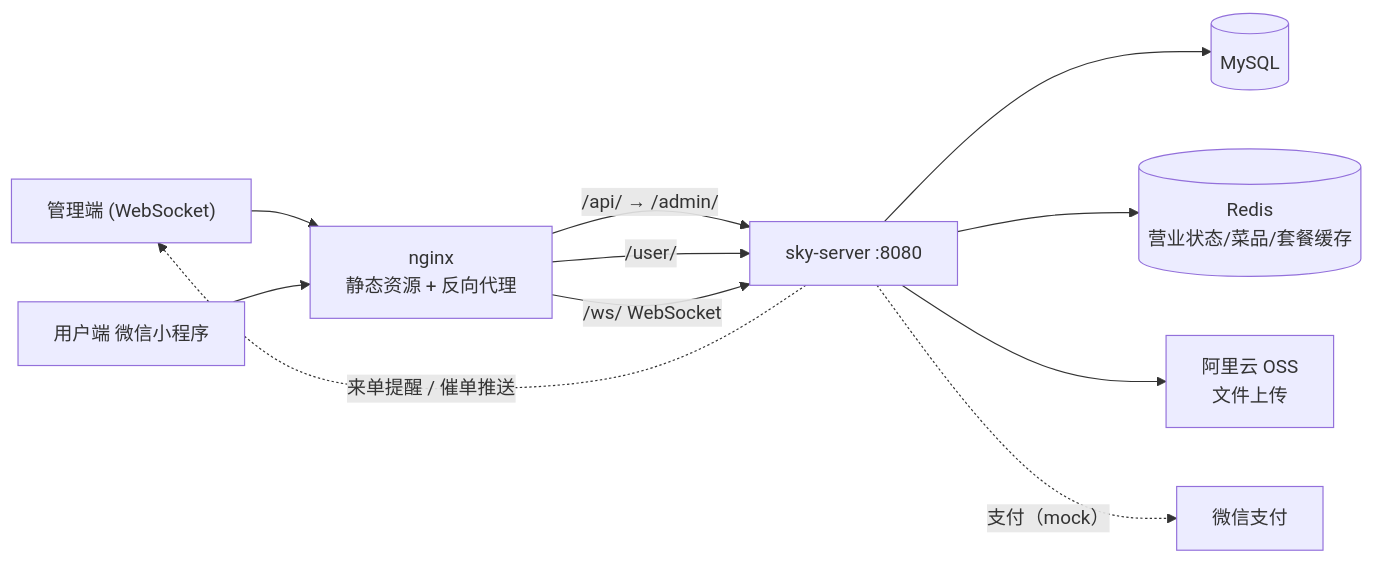
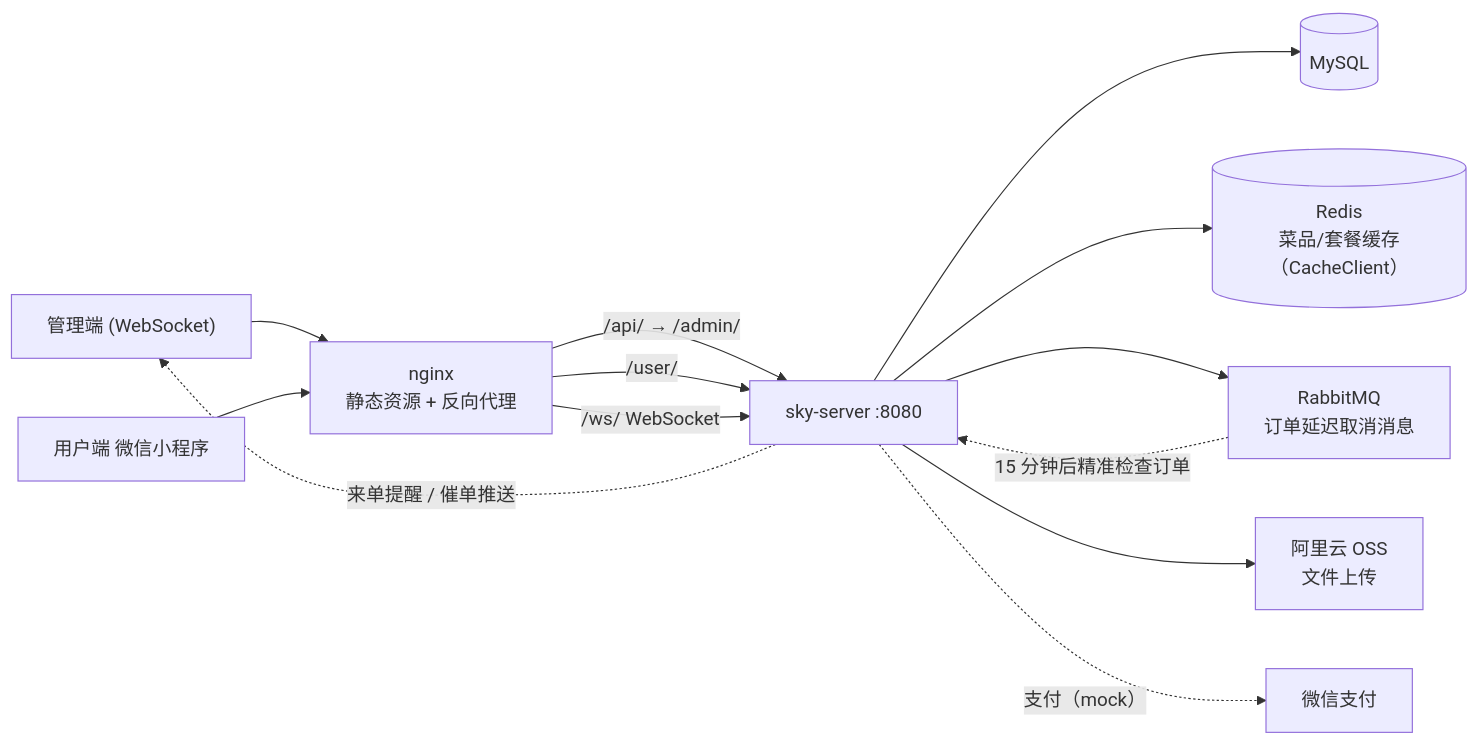
One commit to qngfng826/sky-take-out changed the diagram in README.md. Above: the diagram before and after it, drawn with Mermaid. The commit also changed other lines of this file and 15 other files, not shown here.

````diff
--- a/README.md
+++ b/README.md
@@ -26,13 +27,15 @@
 ```mermaid
 flowchart LR
     A["管理端 Web (nginx :80)"] --> N["nginx<br/>静态资源 + 反向代理"]
     B["用户端 微信小程序"] --> N
     N -- "/api/ → /admin/" --> S["sky-server :8080"]
     N -- "/user/" --> S
     N -- "/ws/ WebSocket" --> S
     S --> M[("MySQL")]
-    S --> R[("Redis<br/>营业状态/菜品/套餐缓存")]
+    S --> R[("Redis<br/>菜品/套餐缓存（CacheClient）")]
+    S --> MQ["RabbitMQ<br/>订单延迟取消消息"]
+    MQ -. "15 分钟后精准检查订单" .-> S
     S --> O["阿里云 OSS<br/>文件上传"]
     S -. "支付（mock）" .-> W["微信支付"]
     S -. "来单提醒 / 催单推送" .-> A["管理端 (WebSocket)"]
 ```
````
